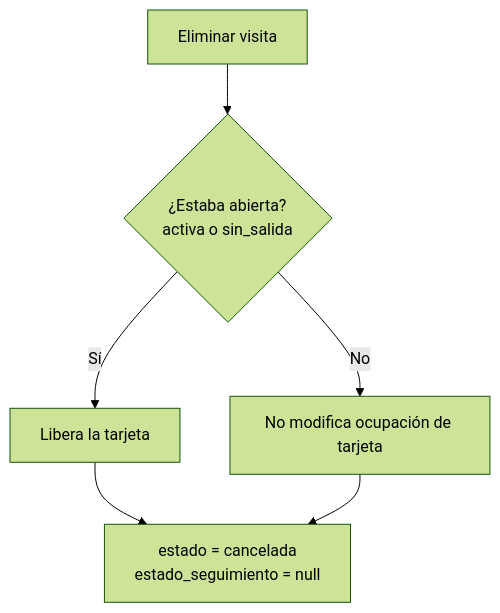
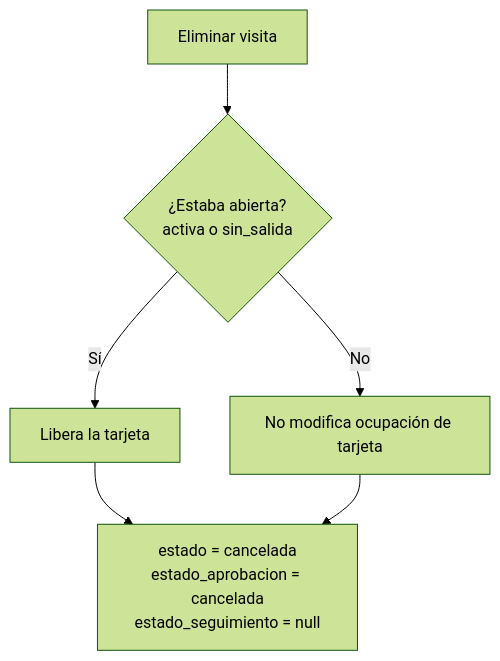
Before and after one commit to mschuf/porteria_back: the eighth of 9 diagrams in documentacion/ciclo-de-vida-visitas.md, drawn with Mermaid (forest theme). The commit also changed other lines of this file and 13 other files, not shown here.

````diff
--- a/documentacion/ciclo-de-vida-visitas.md
+++ b/documentacion/ciclo-de-vida-visitas.md
@@ -213,8 +213,8 @@
 ```mermaid
 flowchart TD
     I[Eliminar visita] --> O{¿Estaba abierta?<br/>activa o sin_salida}
     O -->|Sí| L[Libera la tarjeta]
     O -->|No| N[No modifica ocupación de tarjeta]
-    L --> C[estado = cancelada<br/>estado_seguimiento = null]
+    L --> C[estado = cancelada<br/>estado_aprobacion = cancelada<br/>estado_seguimiento = null]
     N --> C
 ```
````
